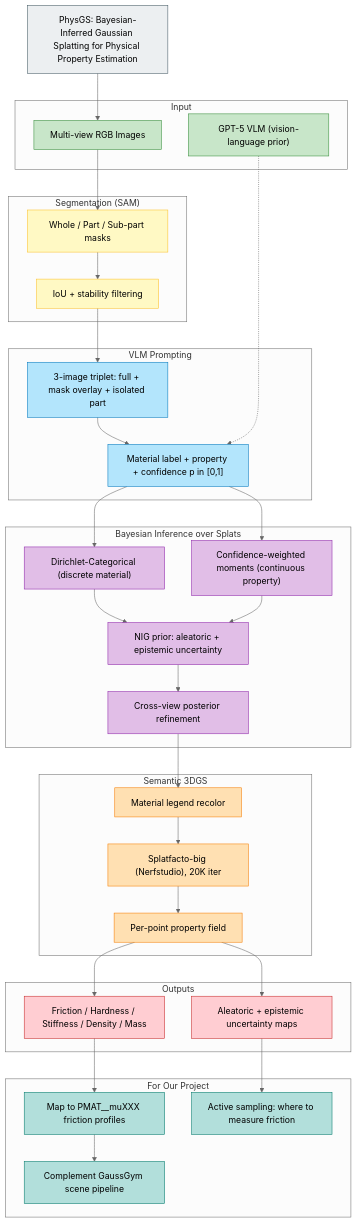
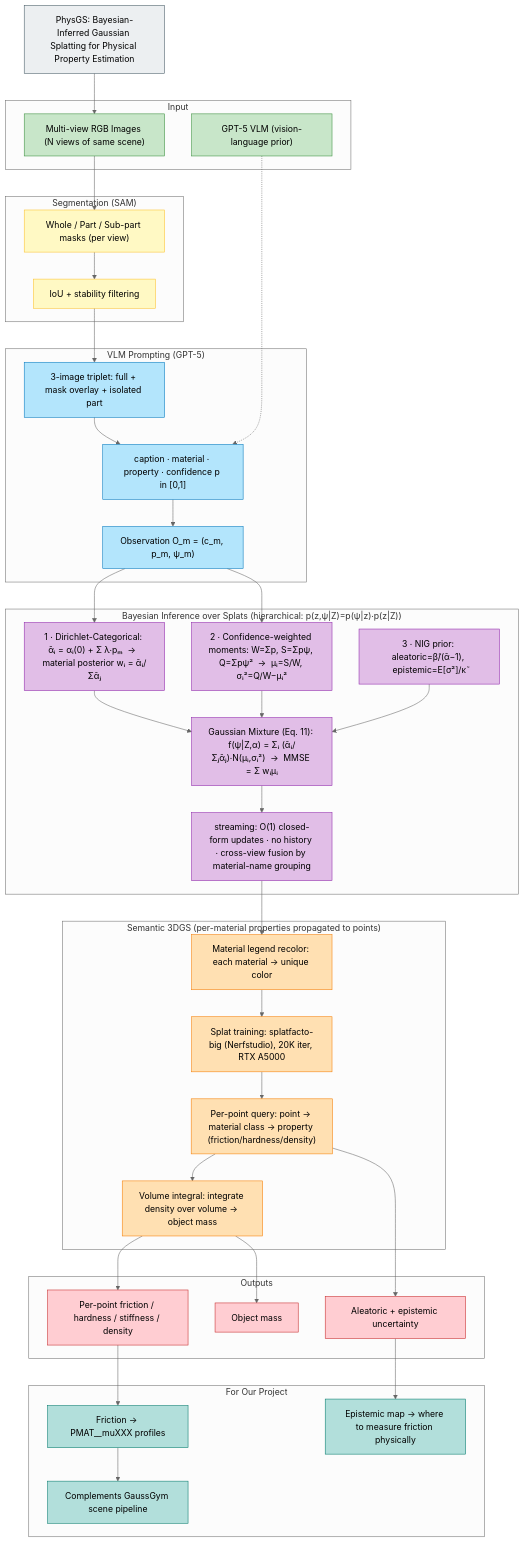
One commit to TIMHX/3d-sim-wiki changed the diagram in assets/physgs-overview.mmd. Above: the diagram before and after it, drawn with Mermaid (neutral theme). The commit also changed 1 other file, not shown here.

Commit message:
docs: detail Bayesian Inference + Semantic 3DGS blocks in PhysGS diagrams
- HTML report SVG: Bayesian section now 2x2 (Dirichlet / weighted moments / NIG / Gaussian mixture Eq.11) + annotations; Semantic 3DGS split into legend recolor / splat training / per-point query / volume integral + annotations
- mermaid source synced with same detail
- adds cross-view material-name grouping note (verified from code)

```diff
--- a/assets/physgs-overview.mmd
+++ b/assets/physgs-overview.mmd
@@ -1,80 +1,88 @@
 %% PhysGS: Bayesian-Inferred Gaussian Splatting for Physical Property Estimation
 %% presentation panorama — CVPR 2026 (arXiv:2511.18570)
 flowchart TD
-    T["PhysGS: Bayesian-Inferred Gaussian Splatting for Physical Property Estimation "]
+    T["PhysGS: Bayesian-Inferred Gaussian Splatting for Physical Property Estimation"]
 
     subgraph SG_IN["Input"]
-        IN1["Multi-view RGB Images"]
+        IN1["Multi-view RGB Images (N views of same scene)"]
         IN2["GPT-5 VLM (vision-language prior)"]
     end
 
     subgraph SG_SEG["Segmentation (SAM)"]
-        SAM1["Whole / Part / Sub-part masks"]
+        SAM1["Whole / Part / Sub-part masks (per view)"]
         SAM2["IoU + stability filtering"]
     end
 
-    subgraph SG_VLM["VLM Prompting"]
+    subgraph SG_VLM["VLM Prompting (GPT-5)"]
         VP1["3-image triplet: full + mask overlay + isolated part"]
-        VP2["Material label + property + confidence p in [0,1]"]
+        VP2["caption · material · property · confidence p in [0,1]"]
+        VP3["Observation O_m = (c_m, p_m, ψ_m)"]
     end
 
-    subgraph SG_BAYES["Bayesian Inference over Splats"]
-        B1["Dirichlet-Categorical (discrete material)"]
-        B2["Confidence-weighted moments (continuous property)"]
-        B3["NIG prior: aleatoric + epistemic uncertainty"]
-        B4["Cross-view posterior refinement"]
+    subgraph SG_BAYES["Bayesian Inference over Splats (hierarchical: p(z,ψ|Z)=p(ψ|z)·p(z|Z))"]
+        B1["1 · Dirichlet-Categorical: ᾱᵢ = αᵢ(0) + Σ λ·pₘ  →  material posterior wᵢ = ᾱᵢ/Σᾱⱼ"]
+        B2["2 · Confidence-weighted moments: W=Σp, S=Σpψ, Q=Σpψ²  →  μᵢ=S/W, σᵢ²=Q/W−μᵢ²"]
+        B3["3 · NIG prior: aleatoric=β̃/(ᾱ−1), epistemic=E[σ²]/κ̃"]
+        B4["Gaussian Mixture (Eq. 11): f(ψ|Z,α) = Σᵢ (ᾱᵢ/Σⱼᾱⱼ)·N(μᵢ,σᵢ²)  →  MMSE = Σ wᵢμᵢ"]
+        B5["streaming: O(1) closed-form updates · no history · cross-view fusion by material-name grouping"]
     end
 
-    subgraph SG_GS["Semantic 3DGS"]
-        GS1["Material legend recolor"]
-        GS2["Splatfacto-big (Nerfstudio), 20K iter"]
-        GS3["Per-point property field"]
+    subgraph SG_GS["Semantic 3DGS (per-material properties propagated to points)"]
+        GS1["Material legend recolor: each material → unique color"]
+        GS2["Splat training: splatfacto-big (Nerfstudio), 20K iter, RTX A5000"]
+        GS3["Per-point query: point → material class → property (friction/hardness/density)"]
+        GS4["Volume integral: integrate density over volume → object mass"]
     end
 
     subgraph SG_OUT["Outputs"]
-        O1["Friction / Hardness / Stiffness / Density / Mass"]
-        O2["Aleatoric + epistemic uncertainty maps"]
+        O1["Per-point friction / hardness / stiffness / density"]
+        O2["Object mass"]
+        O3["Aleatoric + epistemic uncertainty"]
     end
 
     subgraph SG_USE["For Our Project"]
-        U1["Map to PMAT__muXXX friction profiles"]
-        U2["Active sampling: where to measure friction"]
-        U3["Complement GaussGym scene pipeline"]
+        U1["Friction → PMAT__muXXX profiles"]
+        U2["Epistemic map → where to measure friction physically"]
+        U3["Complements GaussGym scene pipeline"]
     end
 
     T --> IN1
     IN1 --> SAM1
     SAM1 --> SAM2
     SAM2 --> VP1
     VP1 --> VP2
+    VP2 --> VP3
     IN2 -.-> VP2
-    VP2 --> B1
-    VP2 --> B2
-    B1 --> B3
-    B2 --> B3
+    VP3 --> B1
+    VP3 --> B2
+    B1 --> B4
+    B2 --> B4
     B3 --> B4
-    B4 --> GS1
+    B4 --> B5
+    B5 --> GS1
     GS1 --> GS2
     GS2 --> GS3
-    GS3 --> O1
-    GS3 --> O2
+    GS3 --> GS4
+    GS4 --> O1
+    GS4 --> O2
+    GS3 --> O3
     O1 --> U1
-    O2 --> U2
+    O3 --> U2
     U1 --> U3
 
     classDef inp fill:#c8e6c9,stroke:#388e3c;
     classDef seg fill:#fff9c4,stroke:#fbc02d;
     classDef vlm fill:#b3e5fc,stroke:#0277bd;
     classDef bay fill:#e1bee7,stroke:#8e24aa;
     classDef gs fill:#ffe0b2,stroke:#f57c00;
     classDef out fill:#ffcdd2,stroke:#c62828;
     classDef use fill:#b2dfdb,stroke:#00796b;
     classDef title fill:#eceff1,stroke:#455a64;
     class IN1,IN2 inp;
     class SAM1,SAM2 seg;
-    class VP1,VP2 vlm;
-    class B1,B2,B3,B4 bay;
-    class GS1,GS2,GS3 gs;
-    class O1,O2 out;
+    class VP1,VP2,VP3 vlm;
+    class B1,B2,B3,B4,B5 bay;
+    class GS1,GS2,GS3,GS4 gs;
+    class O1,O2,O3 out;
     class U1,U2,U3 use;
     class T title;
```
